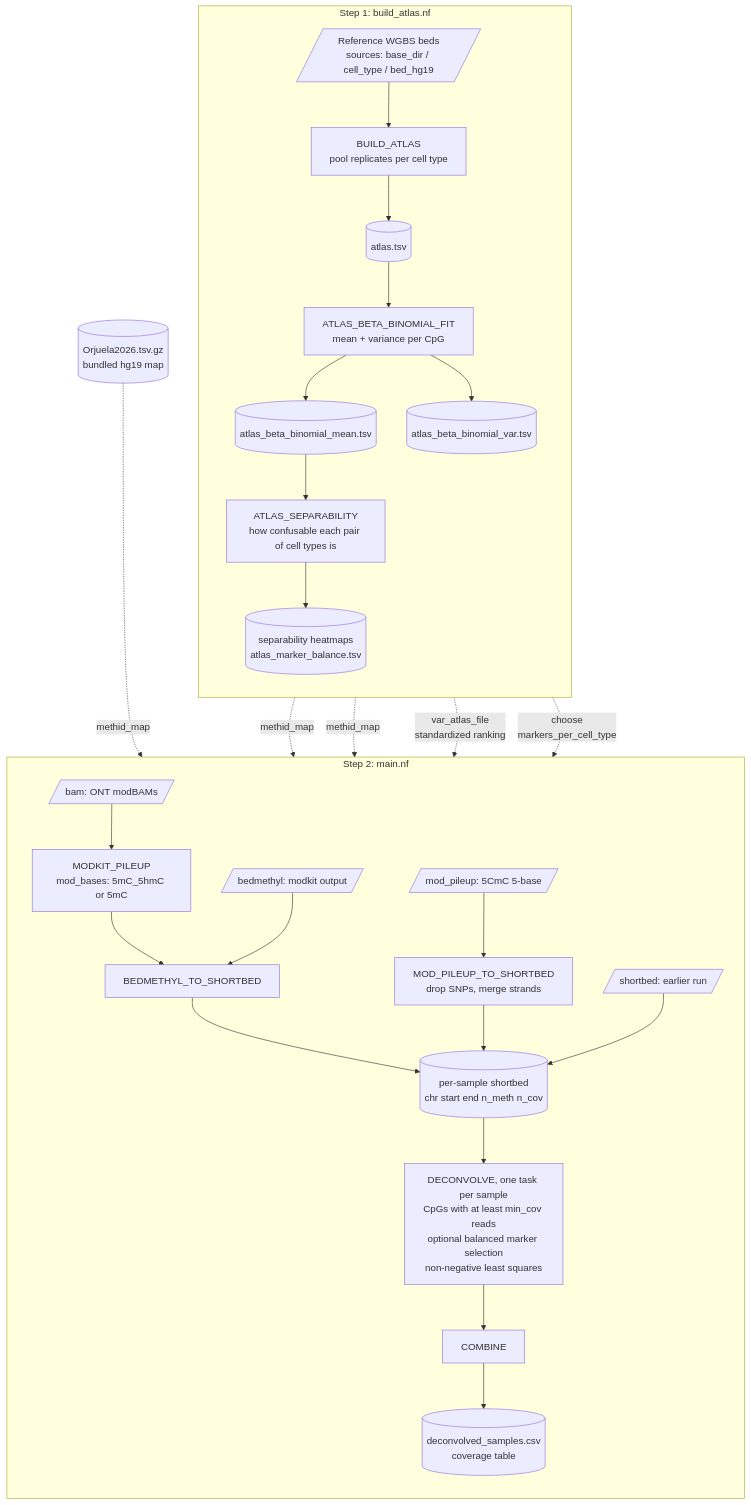
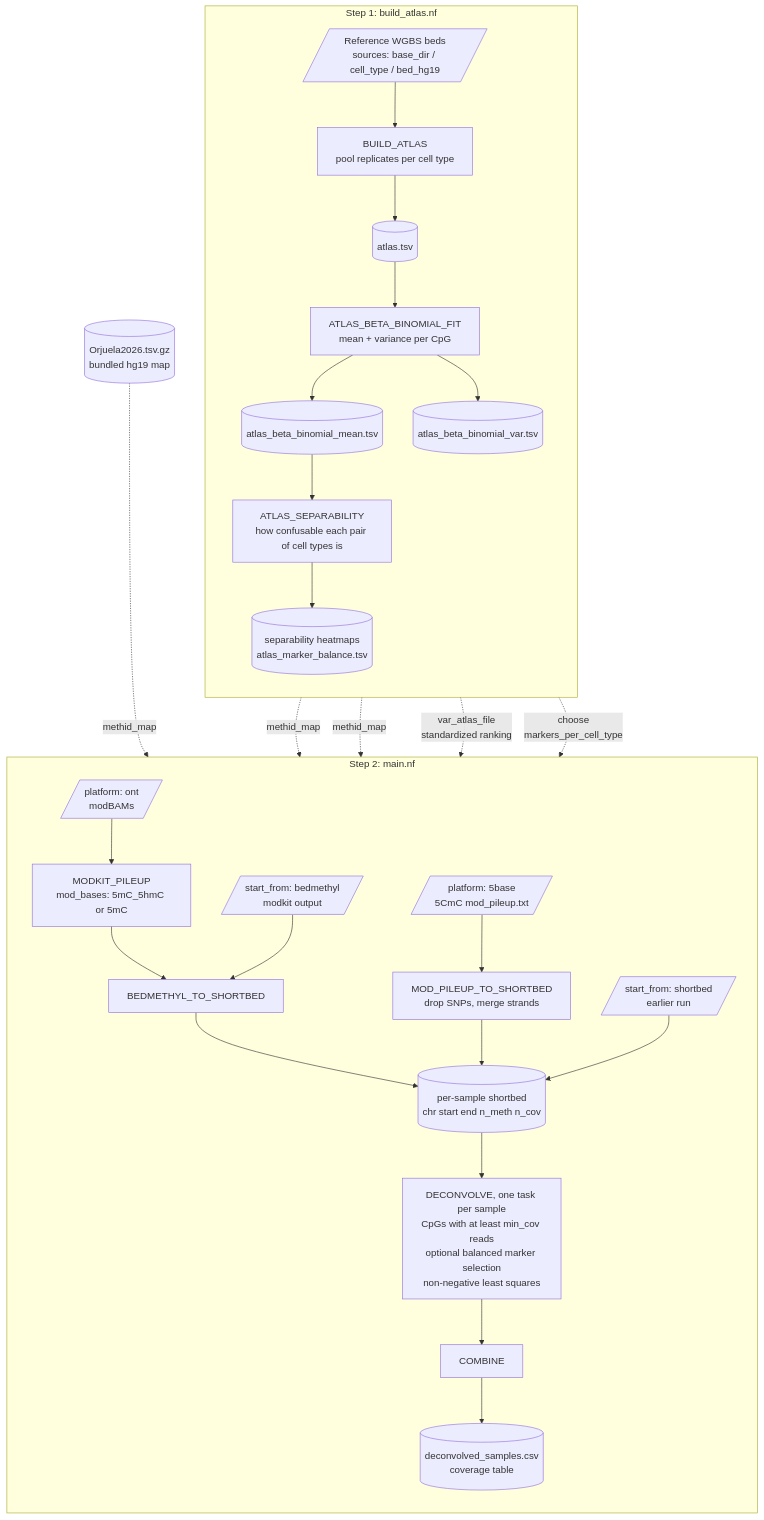
The diagram in README.md (horjuel1/MethID_updated), drawn with Mermaid before and after one commit. The commit also changed other lines of this file and 9 other files, not shown here.

````diff
--- a/README.md
+++ b/README.md
@@ -16,46 +16,46 @@
 ```mermaid
 flowchart TD
     subgraph BUILD["Step 1: build_atlas.nf"]
         direction TB
         REF[/"Reference WGBS beds<br/>sources: base_dir / cell_type / bed_hg19"/]
         POOL["BUILD_ATLAS<br/>pool replicates per cell type"]
         BB["ATLAS_BETA_BINOMIAL_FIT<br/>mean + variance per CpG"]
         SEP["ATLAS_SEPARABILITY<br/>how confusable each pair of cell types is"]
         ATLAS[("atlas.tsv")]
         MEAN[("atlas_beta_binomial_mean.tsv")]
         VAR[("atlas_beta_binomial_var.tsv")]
         QC[("separability heatmaps<br/>atlas_marker_balance.tsv")]
         REF --> POOL --> ATLAS --> BB
         BB --> MEAN
         BB --> VAR
         MEAN --> SEP --> QC
     end
 
     subgraph DECON["Step 2: main.nf"]
         direction TB
-        BAM[/"bam: ONT modBAMs"/]
-        BEDM[/"bedmethyl: modkit output"/]
-        PILE[/"mod_pileup: 5CmC 5-base"/]
-        SHORTIN[/"shortbed: earlier run"/]
+        BAM[/"platform: ont<br/>modBAMs"/]
+        BEDM[/"start_from: bedmethyl<br/>modkit output"/]
+        PILE[/"platform: 5base<br/>5CmC mod_pileup.txt"/]
+        SHORTIN[/"start_from: shortbed<br/>earlier run"/]
         MODKIT["MODKIT_PILEUP<br/>mod_bases: 5mC_5hmC or 5mC"]
         B2S["BEDMETHYL_TO_SHORTBED"]
         P2S["MOD_PILEUP_TO_SHORTBED<br/>drop SNPs, merge strands"]
         SHORT[("per-sample shortbed<br/>chr start end n_meth n_cov")]
         DEC["DECONVOLVE, one task per sample<br/>CpGs with at least min_cov reads<br/>optional balanced marker selection<br/>non-negative least squares"]
         COMB["COMBINE"]
         OUT[("deconvolved_samples.csv<br/>coverage table")]
         BAM --> MODKIT --> B2S
         BEDM --> B2S
         B2S --> SHORT
         PILE --> P2S --> SHORT
         SHORTIN --> SHORT
         SHORT --> DEC --> COMB --> OUT
     end
 
     ORJ[("Orjuela2026.tsv.gz<br/>bundled hg19 map")]
     ATLAS -. "methid_map" .-> DEC
     MEAN -. "methid_map" .-> DEC
     ORJ -. "methid_map" .-> DEC
     VAR -. "var_atlas_file<br/>standardized ranking" .-> DEC
     QC -. "choose<br/>markers_per_cell_type" .-> DEC
 ```
````
